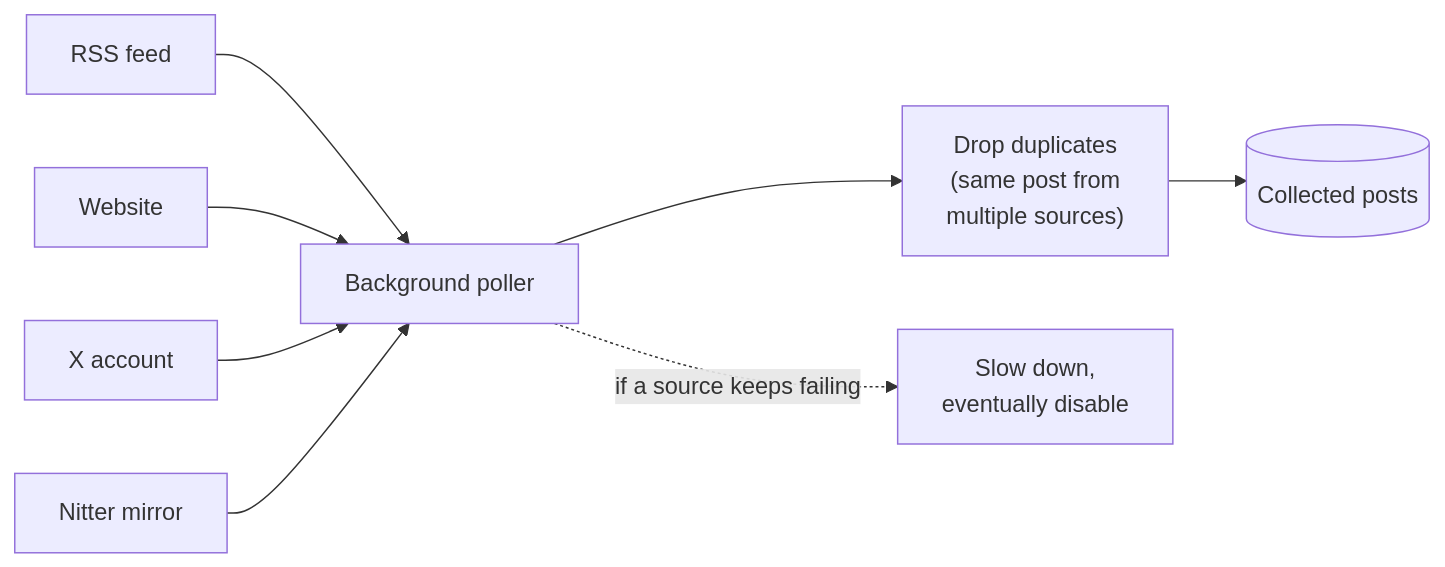
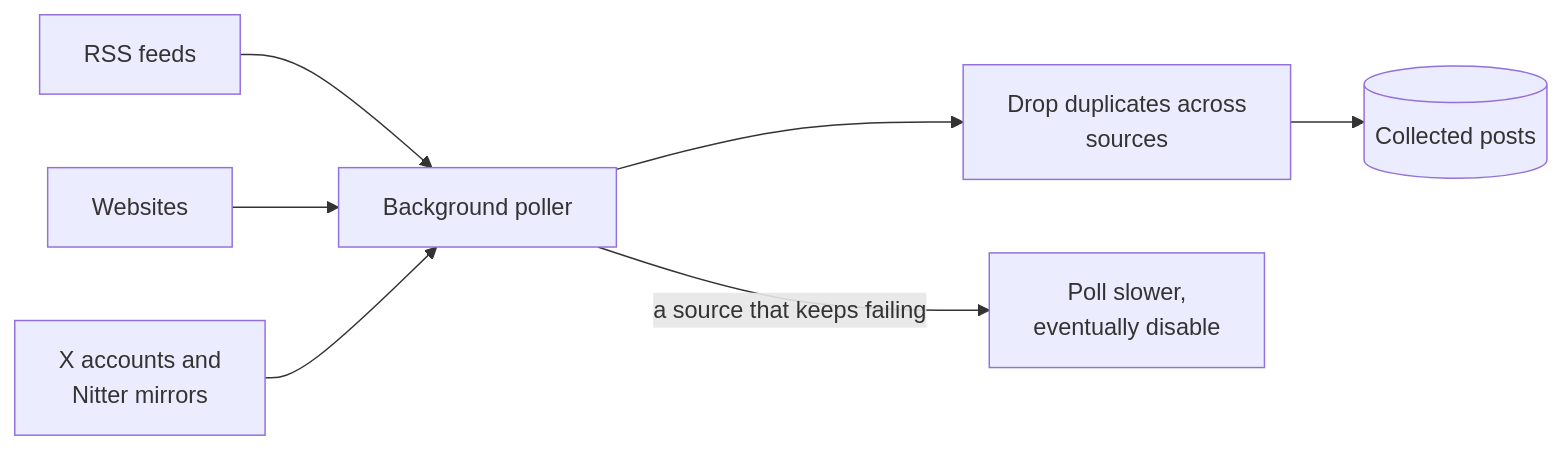
Before and after one commit to sourcelabs-nl/ai-podcast-studio: the third of 8 diagrams in README.md, drawn with Mermaid. The commit also changed other lines of this file and 8 other files, not shown here.

First line of the commit message:
docs(readme): put the pipeline stages up front and render every diagram

````diff
--- a/README.md
+++ b/README.md
@@ -36,10 +76,9 @@
 ```mermaid
-flowchart LR
-    S1["RSS feed"] --> P["Background poller"]
-    S2["Website"] --> P
-    S3["X account"] --> P
-    S4["Nitter mirror"] --> P
-    P --> H["Drop duplicates<br/>(same post from<br/>multiple sources)"]
-    H --> POSTS[("Collected posts")]
-    P -. "if a source keeps failing" .-> BO["Slow down,<br/>eventually disable"]
+graph LR
+    S1["RSS feeds"]:::external --> P
+    S2["Websites"]:::external --> P
+    S3["X accounts and<br/>Nitter mirrors"]:::external --> P
+    P["Background poller"]:::platform --> H["Drop duplicates across<br/>sources"]:::service
+    H --> POSTS[("Collected posts")]:::datastore
+    P -->|"a source that keeps failing"| BO["Poll slower,<br/>eventually disable"]:::muted
 ```
````
